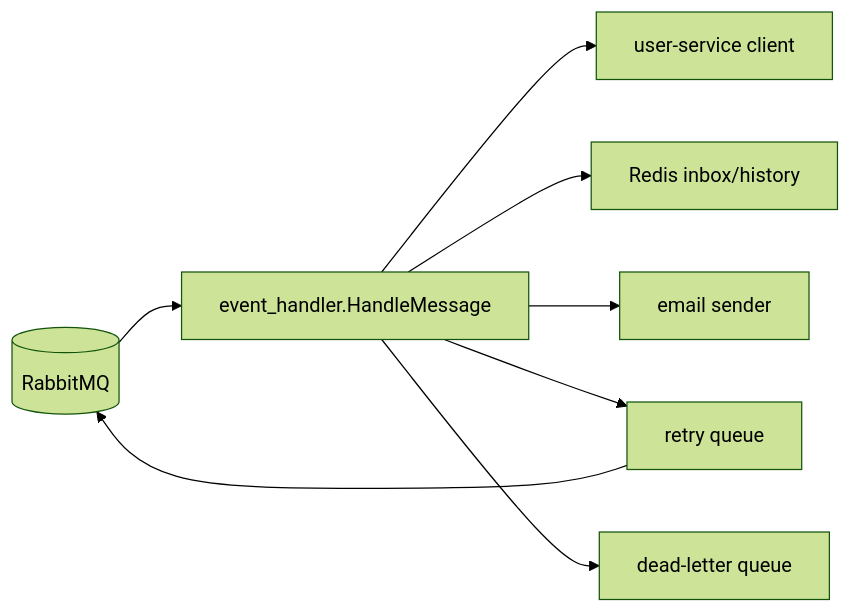
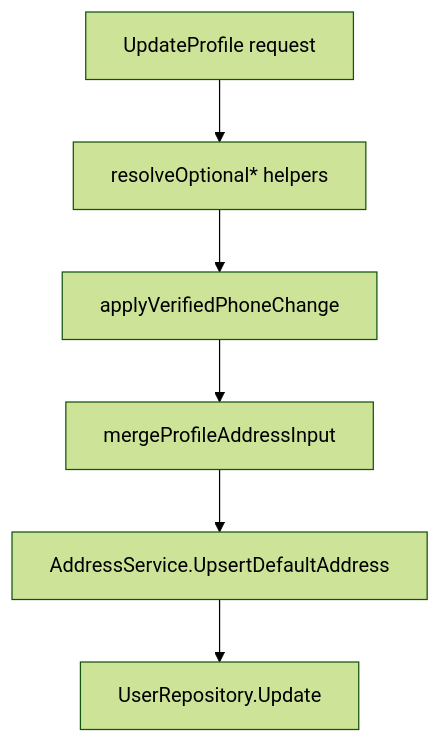
Before and after one commit to NguyenDung278/E-CommerceMicroservicesPlatform: the fifth of 11 diagrams in docs/deep-dive/README.md, drawn with Mermaid (forest theme). The commit also changed other lines of this file and 123 other files, not shown here.

First line of the commit message:
feat: implement user token management and notification preferences service

````diff
--- a/docs/deep-dive/README.md
+++ b/docs/deep-dive/README.md
@@ -108,10 +236,8 @@
 ```mermaid
-flowchart LR
-    Rabbit[(RabbitMQ)] --> Worker[event_handler.HandleMessage]
-    Worker --> Prefs[user-service client]
-    Worker --> Inbox[Redis inbox/history]
-    Worker --> SMTP[email sender]
-    Worker --> Retry[retry queue]
-    Retry --> Rabbit
-    Worker --> DLQ[dead-letter queue]
+flowchart TD
+    Patch[UpdateProfile request] --> Normalize[resolveOptional* helpers]
+    Normalize --> CheckPhone[applyVerifiedPhoneChange]
+    CheckPhone --> Address[mergeProfileAddressInput]
+    Address --> AddressSvc[AddressService.UpsertDefaultAddress]
+    AddressSvc --> UserRepo[UserRepository.Update]
 ```
````
